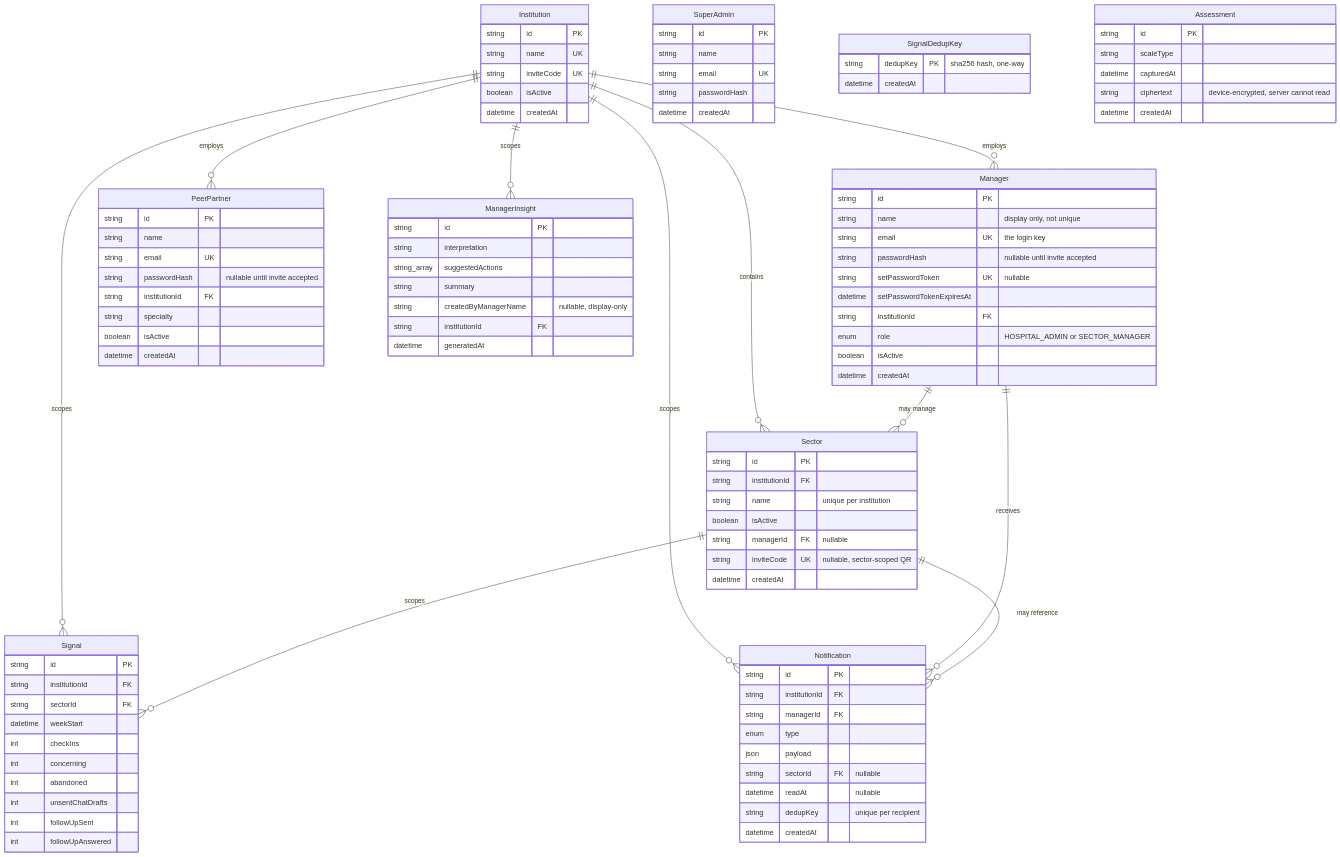
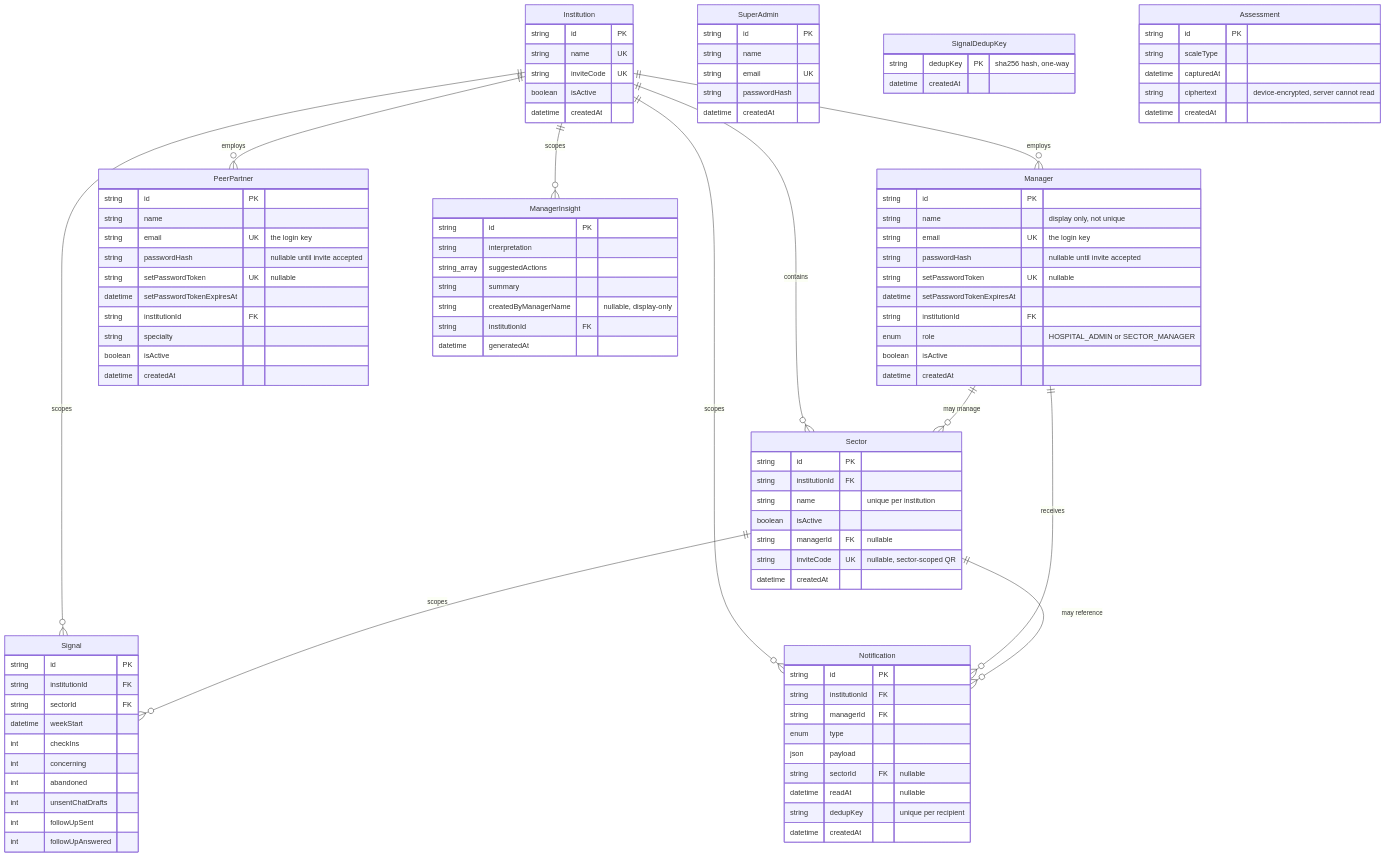
Before and after one commit to Develophys/zelo: the first of 3 diagrams in general-documentations/architecture-reference.md, drawn with Mermaid. The commit also changed other lines of this file, not shown here.

```diff
--- a/general-documentations/architecture-reference.md
+++ b/general-documentations/architecture-reference.md
@@ -208,8 +214,10 @@
     PeerPartner {
         string id PK
         string name
-        string email UK
+        string email UK "the login key"
         string passwordHash "nullable until invite accepted"
+        string setPasswordToken UK "nullable"
+        datetime setPasswordTokenExpiresAt
         string institutionId FK
         string specialty
         boolean isActive
```
